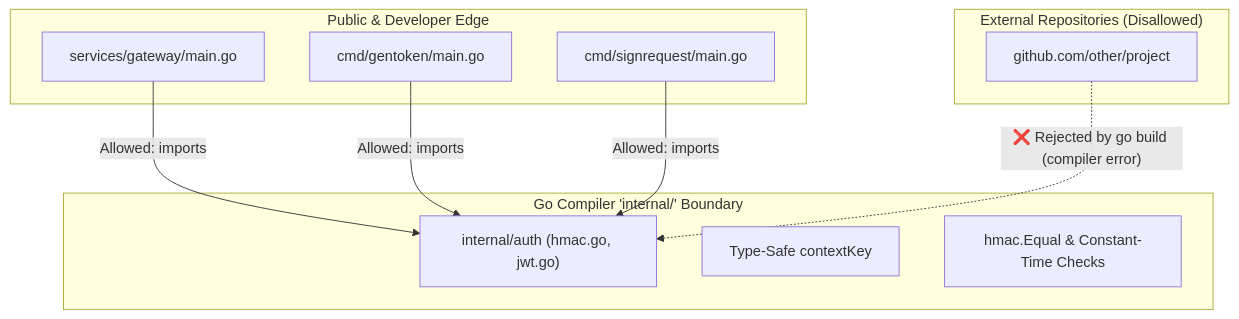
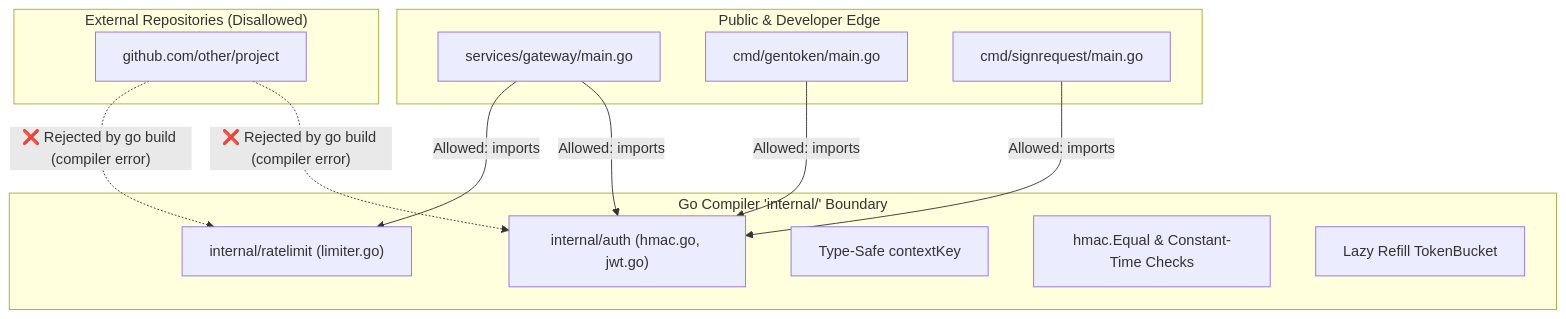
The diagram in services/gateway/internal/README.md (charan21042005/novaris), drawn with Mermaid before and after one commit. The commit also changed other lines of this file and 1 other file, not shown here.

Commit message:
docs(gateway/ratelimit): add internal package documentation for token bucket engine

````diff
--- a/services/gateway/internal/README.md
+++ b/services/gateway/internal/README.md
@@ -57,24 +61,28 @@
 ```mermaid
 flowchart TD
     subgraph PublicEdge ["Public & Developer Edge"]
         GatewayMain["services/gateway/main.go"]
         GenTokenCLI["cmd/gentoken/main.go"]
         SignRequestCLI["cmd/signrequest/main.go"]
     end
 
     subgraph InternalBoundary ["Go Compiler 'internal/' Boundary"]
         AuthPackage["internal/auth (hmac.go, jwt.go)"]
+        RateLimitPackage["internal/ratelimit (limiter.go)"]
         ContextKey["Type-Safe contextKey"]
         CryptoVerify["hmac.Equal & Constant-Time Checks"]
+        TokenBucket["Lazy Refill TokenBucket"]
     end
 
     subgraph ExternalDisallowed ["External Repositories (Disallowed)"]
         ExternalModule["github.com/other/project"]
     end
 
     GatewayMain -->|"Allowed: imports"| AuthPackage
+    GatewayMain -->|"Allowed: imports"| RateLimitPackage
     GenTokenCLI -->|"Allowed: imports"| AuthPackage
     SignRequestCLI -->|"Allowed: imports"| AuthPackage
 
     ExternalModule -.->|"❌ Rejected by go build (compiler error)"| AuthPackage
+    ExternalModule -.->|"❌ Rejected by go build (compiler error)"| RateLimitPackage
 ```
````
